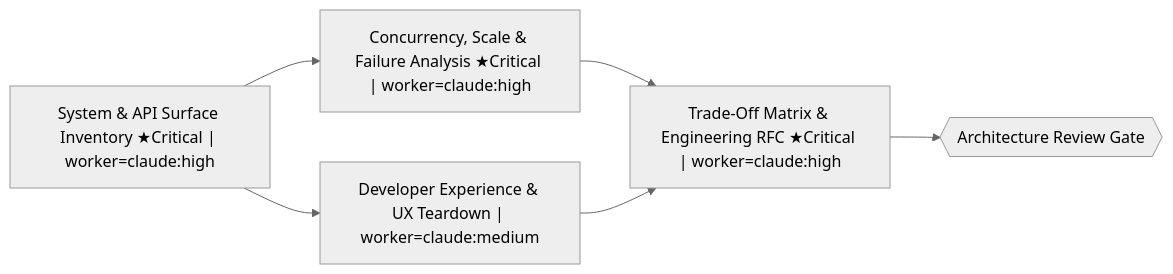
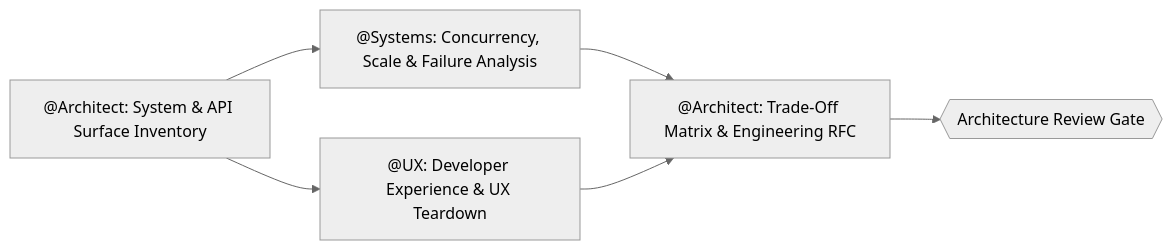
Before and after one commit to Daijunfan/Aexus-Code: the diagram in examples/blueprints/arch-teardown.md, drawn with Mermaid (neutral theme). The commit also changed other lines of this file and 108 other files, not shown here.

````diff
--- a/examples/blueprints/arch-teardown.md
+++ b/examples/blueprints/arch-teardown.md
@@ -1,13 +5,8 @@
 ```mermaid
 flowchart LR
-  %% @pos R1 204,260
-  %% @pos R2 598,132
-  %% @pos R3 598,388
-  %% @pos R4 992,260
-  %% @pos U1 1386,260
-  R1["System & API Surface Inventory ★Critical | worker=claude:high"] --> R2["Concurrency, Scale & Failure Analysis ★Critical | worker=claude:high"]
-  R1 --> R3["Developer Experience & UX Teardown | worker=claude:medium"]
-  R2 --> R4["Trade-Off Matrix & Engineering RFC ★Critical | worker=claude:high"]
+  R1["@Architect: System & API Surface Inventory"] --> R2["@Systems: Concurrency, Scale & Failure Analysis"]
+  R1 --> R3["@UX: Developer Experience & UX Teardown"]
+  R2 --> R4["@Architect: Trade-Off Matrix & Engineering RFC"]
   R3 --> R4
   R4 --> U1{{"Architecture Review Gate"}}
 ```
````
